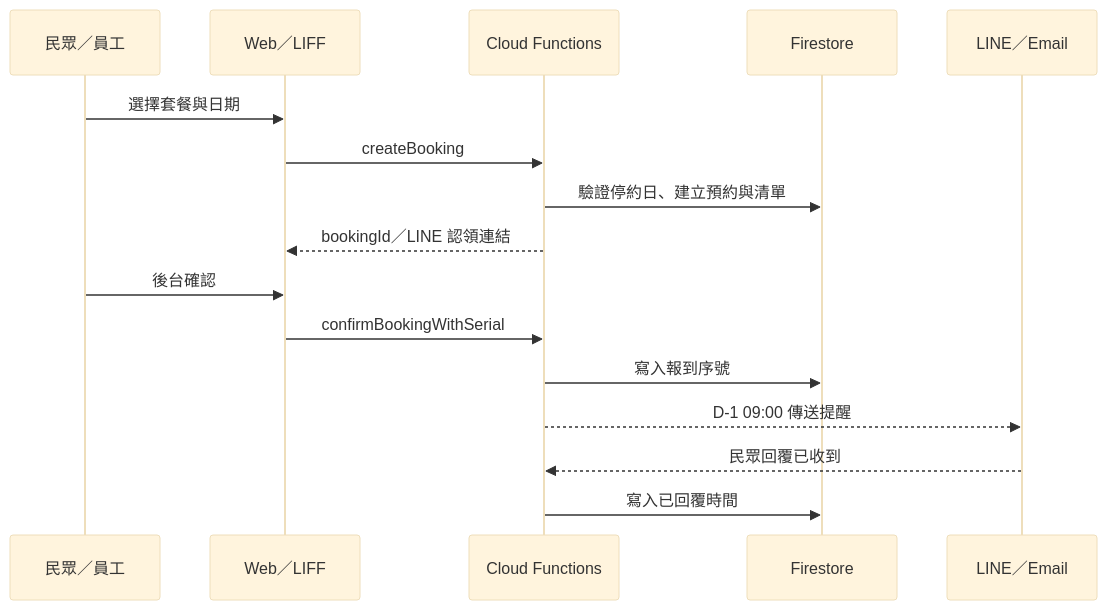
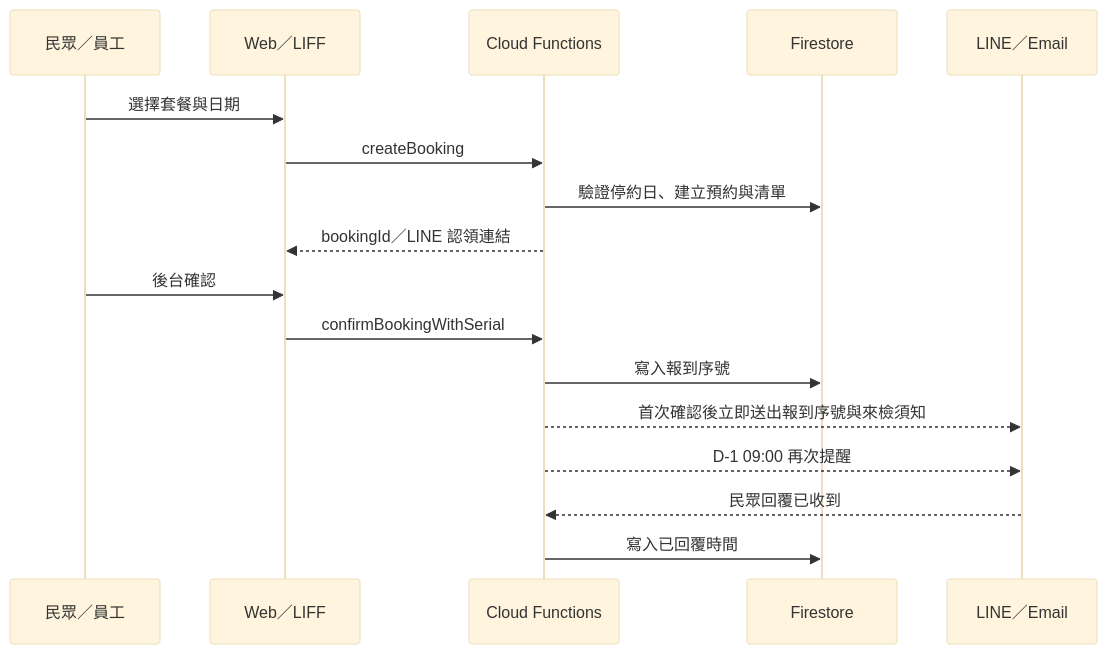
Before and after one commit to lhm0323-git/channel_activity_customer: the fifth of 7 diagrams in docs/CAC_ARCHITECTURE.md, drawn with Mermaid (base theme). The commit also changed other lines of this file and 7 other files, not shown here.

````diff
--- a/docs/CAC_ARCHITECTURE.md
+++ b/docs/CAC_ARCHITECTURE.md
@@ -126,19 +126,20 @@
 ```mermaid
 sequenceDiagram
   participant U as 民眾／員工
   participant W as Web／LIFF
   participant F as Cloud Functions
   participant D as Firestore
   participant N as LINE／Email
 
   U->>W: 選擇套餐與日期
   W->>F: createBooking
   F->>D: 驗證停約日、建立預約與清單
   F-->>W: bookingId／LINE 認領連結
   U->>W: 後台確認
   W->>F: confirmBookingWithSerial
   F->>D: 寫入報到序號
-  F-->>N: D-1 09:00 傳送提醒
+  F-->>N: 首次確認後立即送出報到序號與來檢須知
+  F-->>N: D-1 09:00 再次提醒
   N-->>F: 民眾回覆已收到
   F->>D: 寫入已回覆時間
 ```
````
